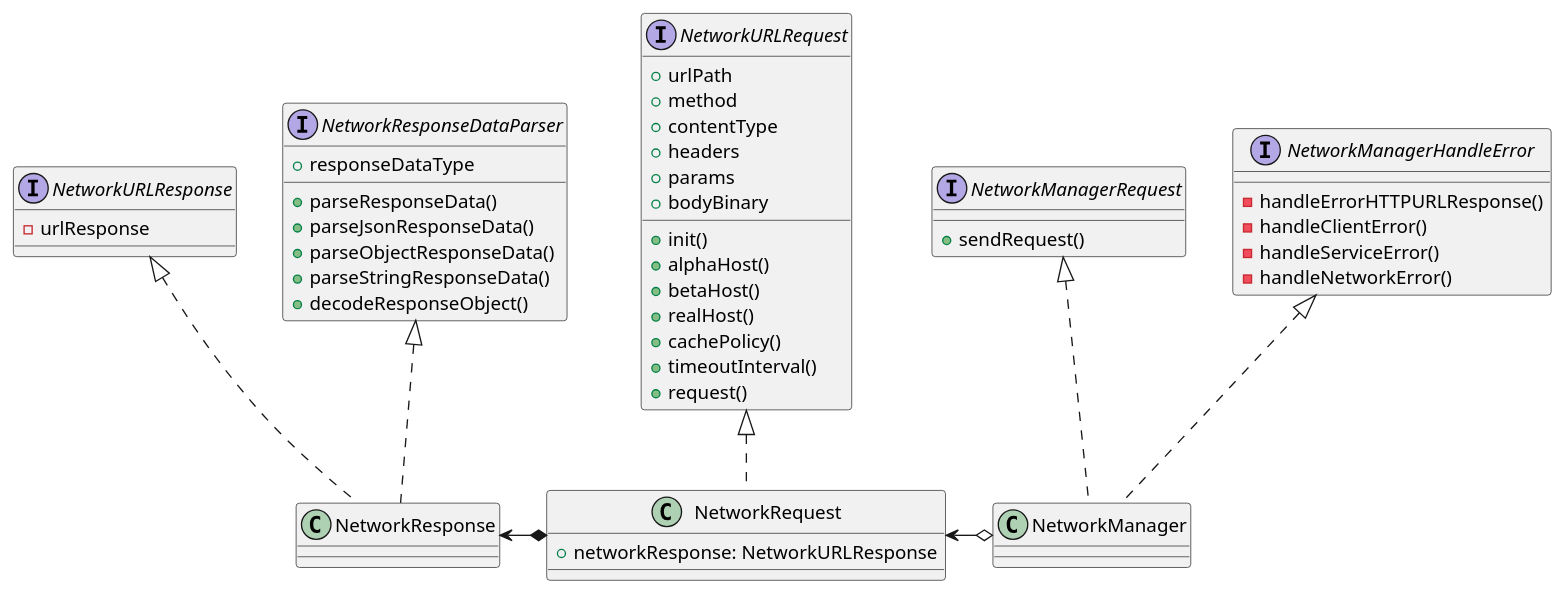
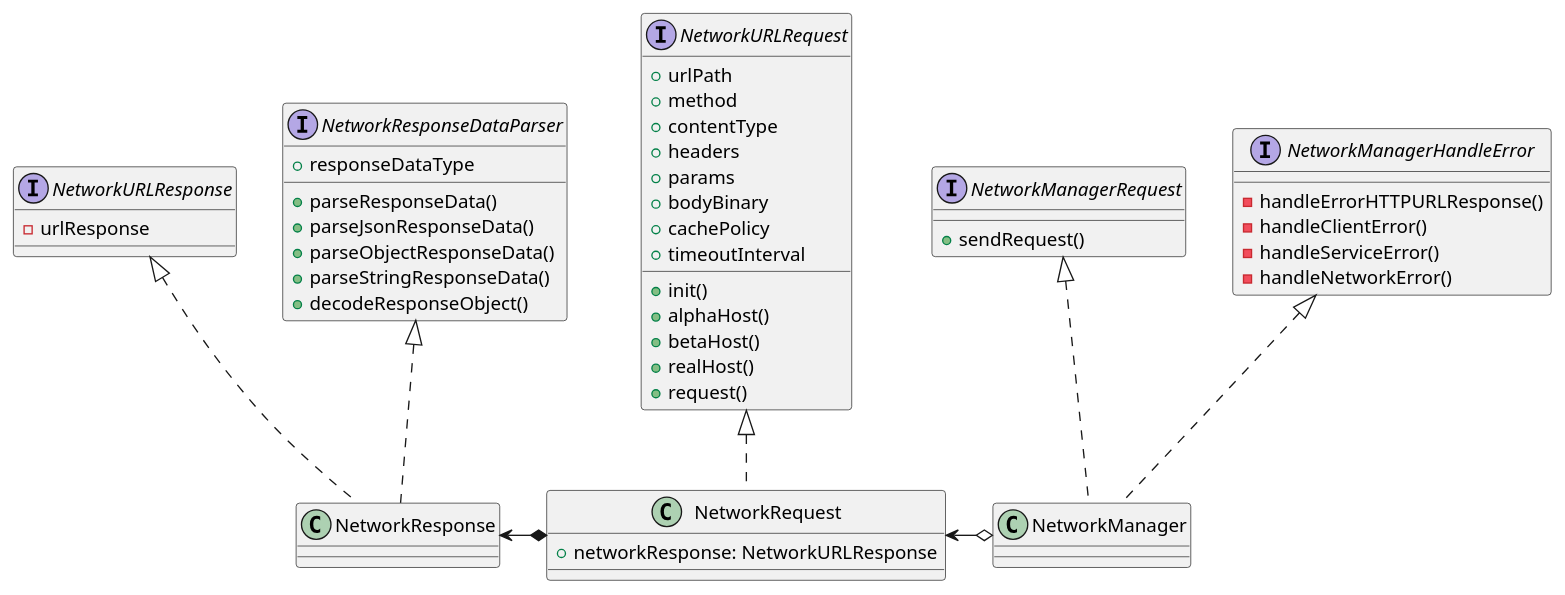
The diagram in uml.md (tigi44/UNNetworking), drawn with PlantUML before and after one commit. The commit also changed 8 other files, not shown here.

````diff
--- a/uml.md
+++ b/uml.md
@@ -1,63 +1,63 @@
 ```plantuml
 NetworkManagerRequest <|.. NetworkManager
 NetworkManagerHandleError <|.. NetworkManager
 
 NetworkURLRequest <|.. NetworkRequest
 
 NetworkURLResponse <|.. NetworkResponse
 NetworkResponseDataParser <|.. NetworkResponse
 
-NetworkResponse <-* NetworkRequest
+NetworkResponse <-* NetworkRequest 
 NetworkRequest <-o NetworkManager
 
 
 
 interface NetworkManagerRequest {
 + sendRequest()
 }
 
 interface NetworkManagerHandleError {
 - handleErrorHTTPURLResponse()
 - handleClientError()
 - handleServiceError()
 - handleNetworkError()
 }
 
 class NetworkManager {}
 
 interface NetworkURLRequest {
 + urlPath
 + method
 + contentType
 + headers
 + params
 + bodyBinary
++ cachePolicy
++ timeoutInterval
 
 + init()
 + alphaHost()
 + betaHost()
 + realHost()
-+ cachePolicy()
-+ timeoutInterval()
 + request()
 }
 
 class NetworkRequest {
 + networkResponse: NetworkURLResponse
 }
 
 interface NetworkURLResponse {
 - urlResponse
 }
 
 interface NetworkResponseDataParser {
 + responseDataType
 + parseResponseData()
 + parseJsonResponseData()
 + parseObjectResponseData()
 + parseStringResponseData()
 + decodeResponseObject()
 }
 
 class NetworkResponse {}
 ```
````
